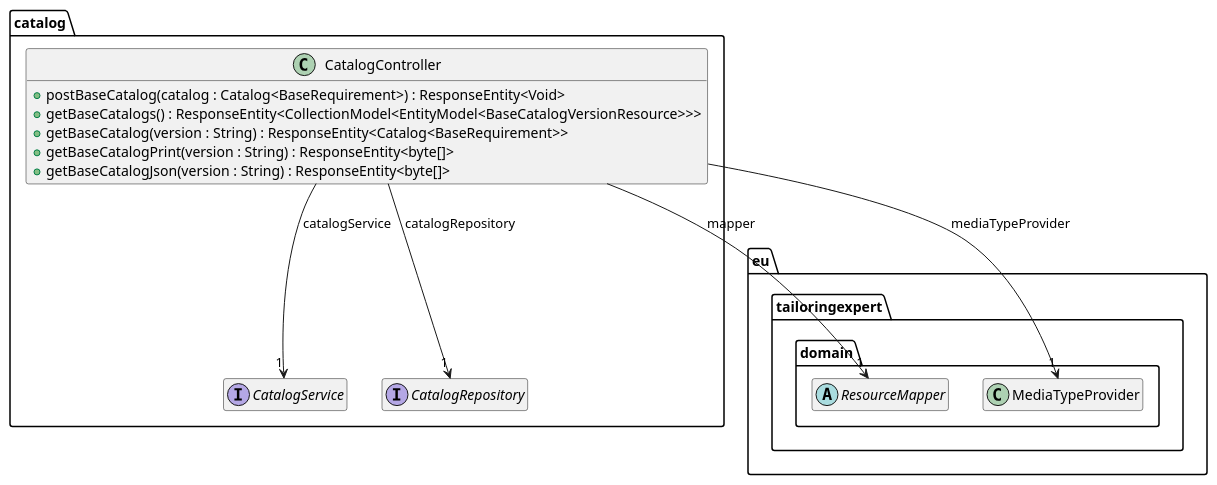
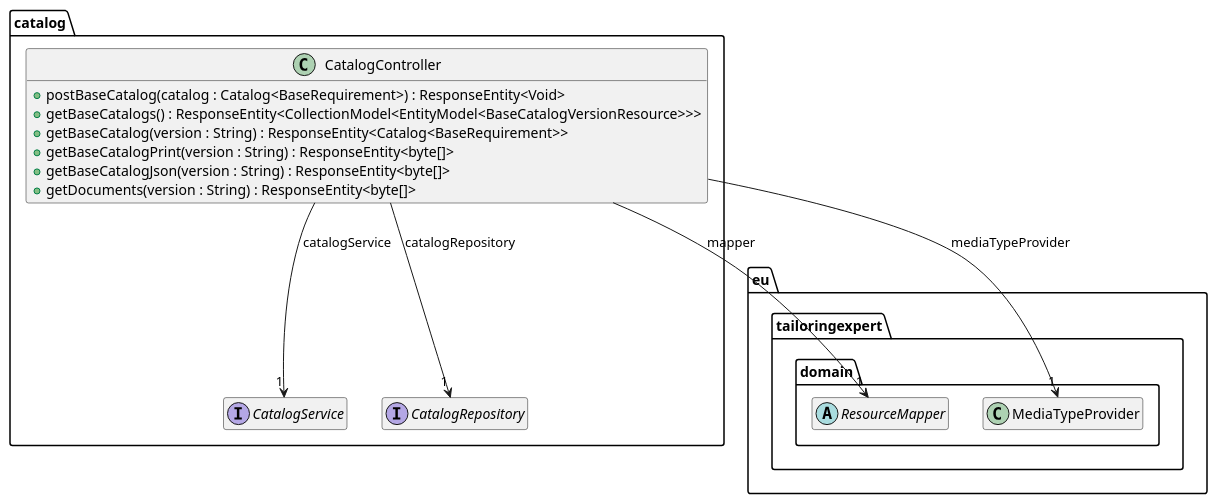
One commit to tailoringexpert/platform changed the diagram in src/site/arc42/plantuml/rest/catalog/Ebene3.plantuml. Above: the diagram before and after it, drawn with PlantUML. The commit also changed 24 other files, not shown here.

```diff
--- a/src/site/arc42/plantuml/rest/catalog/Ebene3.plantuml
+++ b/src/site/arc42/plantuml/rest/catalog/Ebene3.plantuml
@@ -1,33 +1,34 @@
 @startuml
 hide empty members
 
 package eu.tailoringexpert {
     package domain {
         abstract class ResourceMapper
         class MediaTypeProvider
     }
 }
 
 package catalog {
 
     interface CatalogService {
     }
 
     interface CatalogRepository {
     }
 
     class CatalogController {
         +postBaseCatalog(catalog : Catalog<BaseRequirement>) : ResponseEntity<Void>
         +getBaseCatalogs() : ResponseEntity<CollectionModel<EntityModel<BaseCatalogVersionResource>>>
         +getBaseCatalog(version : String) : ResponseEntity<Catalog<BaseRequirement>>
         +getBaseCatalogPrint(version : String) : ResponseEntity<byte[]>
         +getBaseCatalogJson(version : String) : ResponseEntity<byte[]>
+        +getDocuments(version : String) : ResponseEntity<byte[]>
     }
 
 
     CatalogController --> "1" ResourceMapper : mapper
     CatalogController --> "1" CatalogService : catalogService
     CatalogController --> "1" CatalogRepository : catalogRepository
     CatalogController --> "1" MediaTypeProvider : mediaTypeProvider
 }
 @enduml
```
